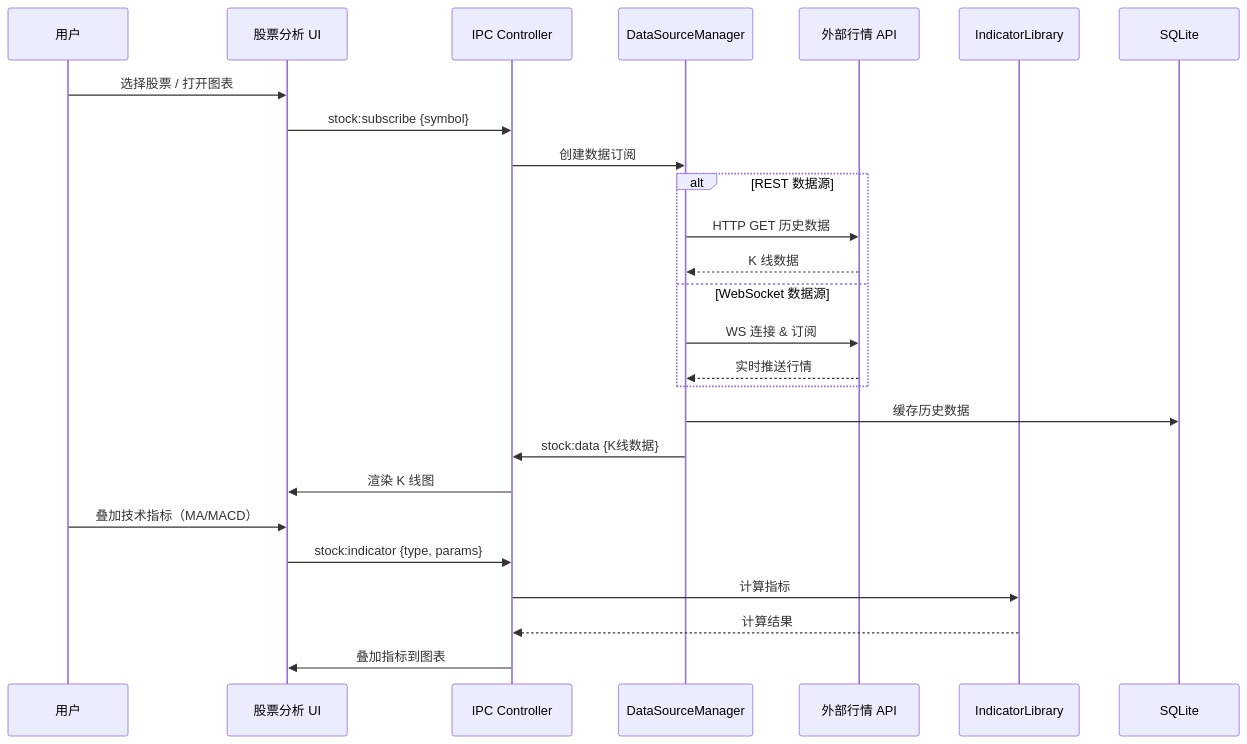
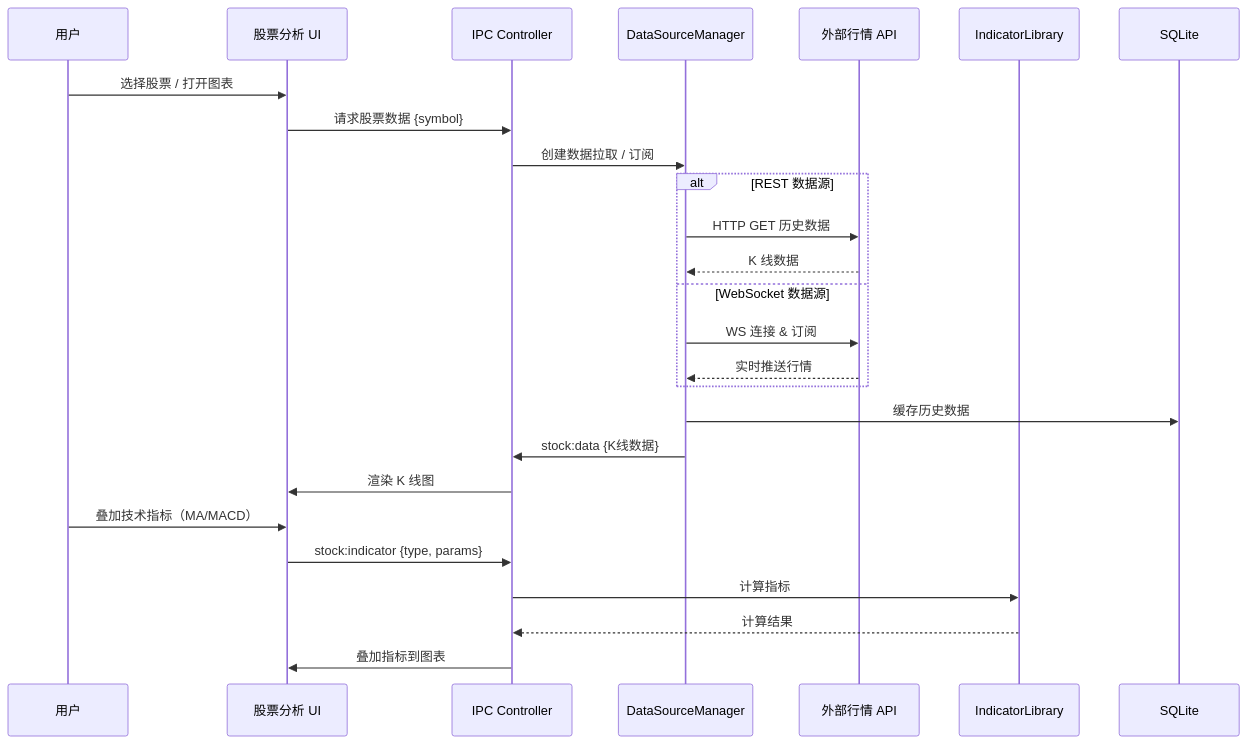
The fifth of 10 diagrams in docs/architecture/architecture.md (Oracle0703/yclaw), drawn with Mermaid before and after one commit. The commit also changed other lines of this file and 83 other files, not shown here.

````diff
--- a/docs/architecture/architecture.md
+++ b/docs/architecture/architecture.md
@@ -282,32 +302,32 @@
 ```mermaid
 sequenceDiagram
     participant User as 用户
     participant UI as 股票分析 UI
     participant IPC as IPC Controller
     participant DSM as DataSourceManager
     participant API as 外部行情 API
     participant IL as IndicatorLibrary
     participant DB as SQLite
 
     User->>UI: 选择股票 / 打开图表
-    UI->>IPC: stock:subscribe {symbol}
-    IPC->>DSM: 创建数据订阅
+    UI->>IPC: 请求股票数据 {symbol}
+    IPC->>DSM: 创建数据拉取 / 订阅
 
     alt REST 数据源
         DSM->>API: HTTP GET 历史数据
         API-->>DSM: K 线数据
     else WebSocket 数据源
         DSM->>API: WS 连接 & 订阅
         API-->>DSM: 实时推送行情
     end
 
     DSM->>DB: 缓存历史数据
     DSM->>IPC: stock:data {K线数据}
     IPC->>UI: 渲染 K 线图
 
     User->>UI: 叠加技术指标（MA/MACD）
     UI->>IPC: stock:indicator {type, params}
     IPC->>IL: 计算指标
     IL-->>IPC: 计算结果
     IPC->>UI: 叠加指标到图表
 ```
````
